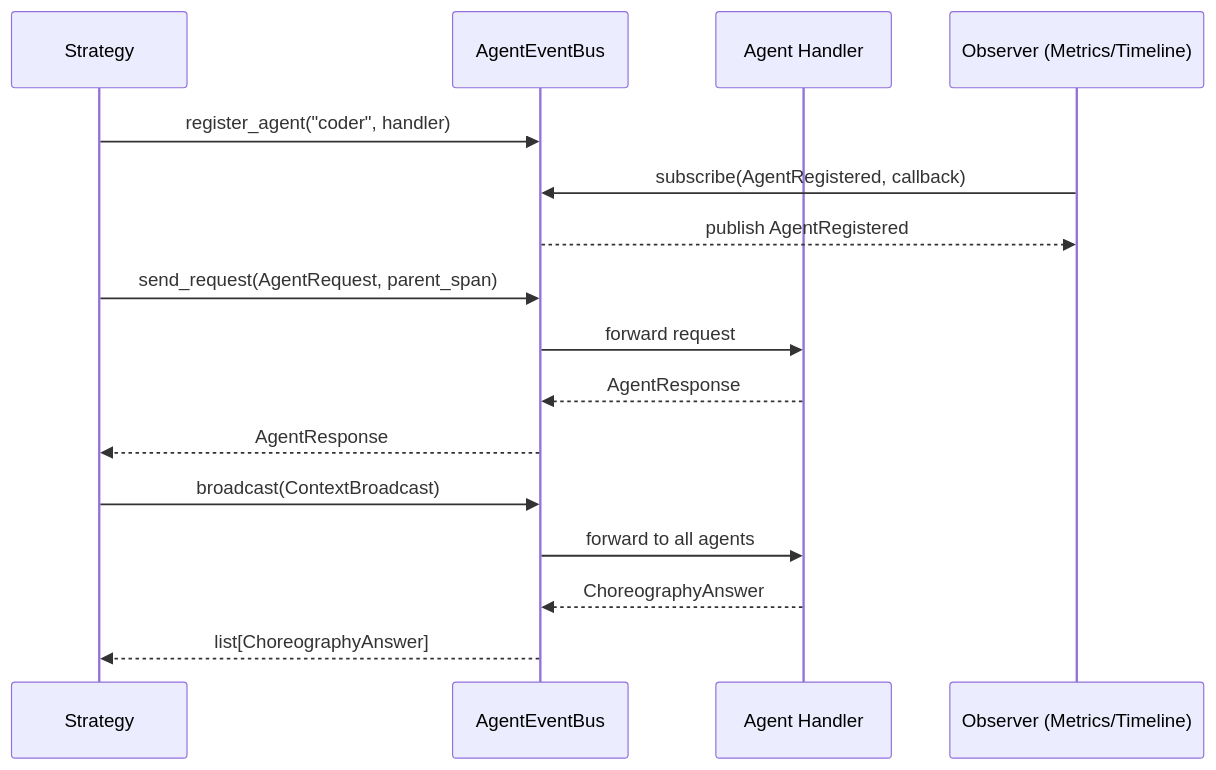
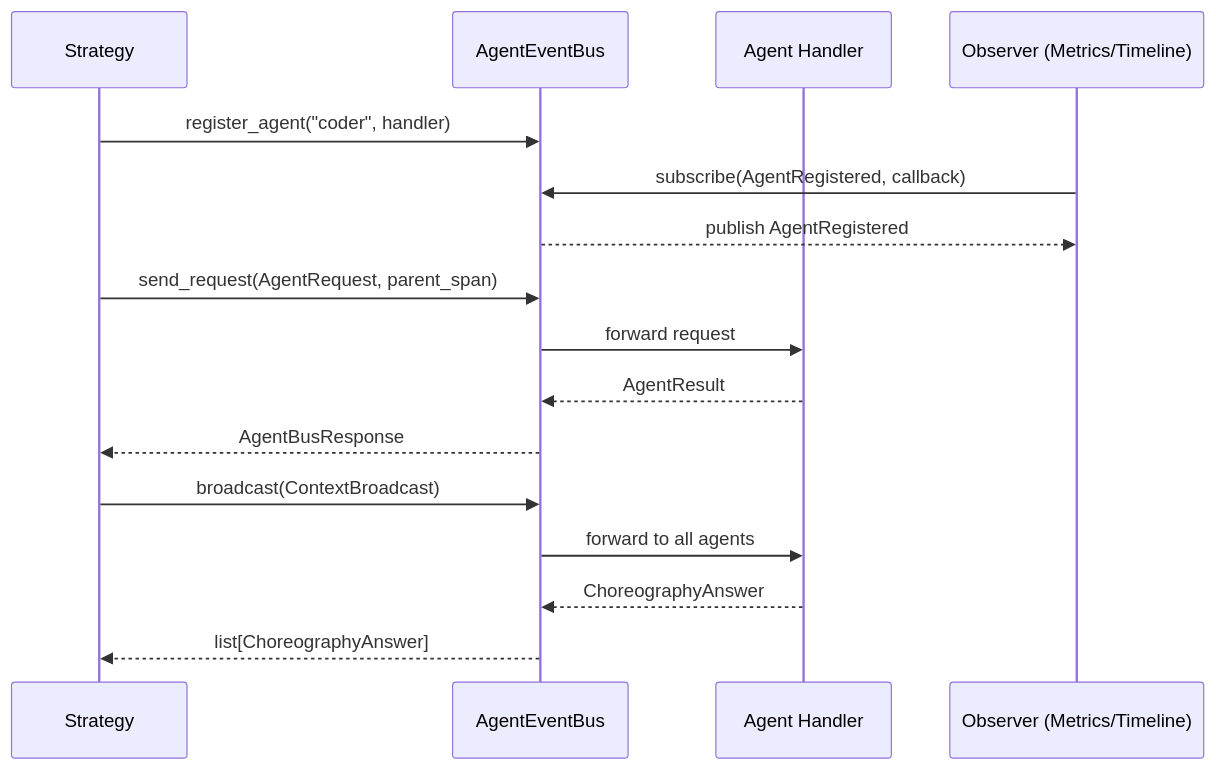
One commit to pese-git/codelab-agent changed the diagram in openspec/changes/multiagent-event-bus/proposal.md. Above: the diagram before and after it, drawn with Mermaid. The commit also changed other lines of this file and 21 other files, not shown here.

````diff
--- a/openspec/changes/multiagent-event-bus/proposal.md
+++ b/openspec/changes/multiagent-event-bus/proposal.md
@@ -37,21 +40,21 @@
 ```mermaid
 sequenceDiagram
     participant Strategy as Strategy
     participant Bus as AgentEventBus
     participant Handler as Agent Handler
     participant Observer as Observer (Metrics/Timeline)
 
     Strategy->>Bus: register_agent("coder", handler)
     Observer->>Bus: subscribe(AgentRegistered, callback)
     Bus-->>Observer: publish AgentRegistered
 
     Strategy->>Bus: send_request(AgentRequest, parent_span)
     Bus->>Handler: forward request
-    Handler-->>Bus: AgentResponse
-    Bus-->>Strategy: AgentResponse
+    Handler-->>Bus: AgentResult
+    Bus-->>Strategy: AgentBusResponse
 
     Strategy->>Bus: broadcast(ContextBroadcast)
     Bus->>Handler: forward to all agents
     Handler-->>Bus: ChoreographyAnswer
     Bus-->>Strategy: list[ChoreographyAnswer]
 ```
````
